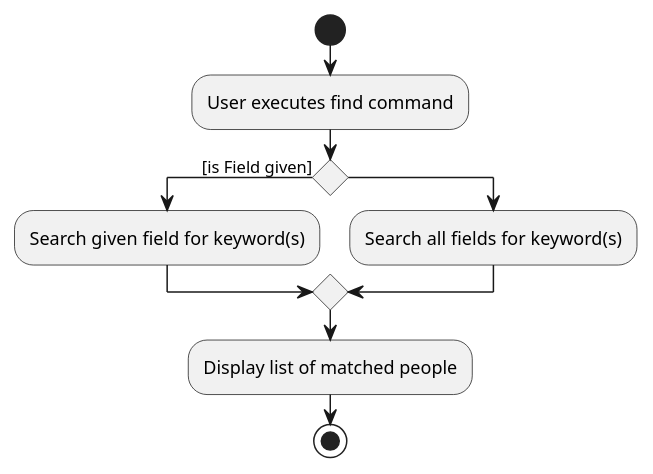
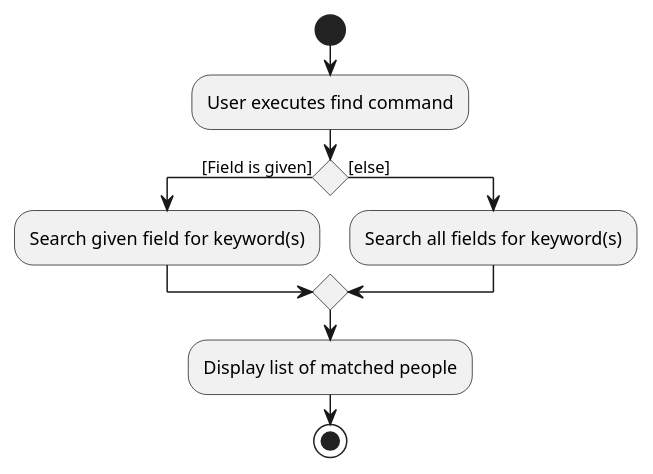
The diagram in docs/diagrams/plantuml/Find.puml (tonishka/tp), drawn with PlantUML before and after one commit.

Commit message:
Rectify activity diagram

```diff
--- a/docs/diagrams/plantuml/Find.puml
+++ b/docs/diagrams/plantuml/Find.puml
@@ -1,14 +1,14 @@
 @startuml
 'https://plantuml.com/activity-diagram-beta
 
 start
 :User executes find command;
-if () then ([is Field given])
+if () then ([Field is given])
   :Search given field for keyword(s);
-else
+else ([else])
 :Search all fields for keyword(s);
 endif
 :Display list of matched people;
 stop
 
 @enduml
```
